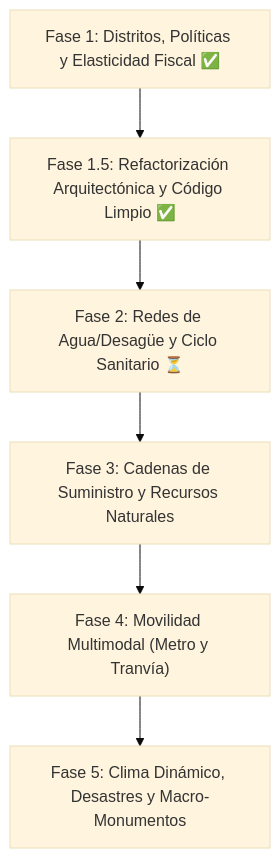
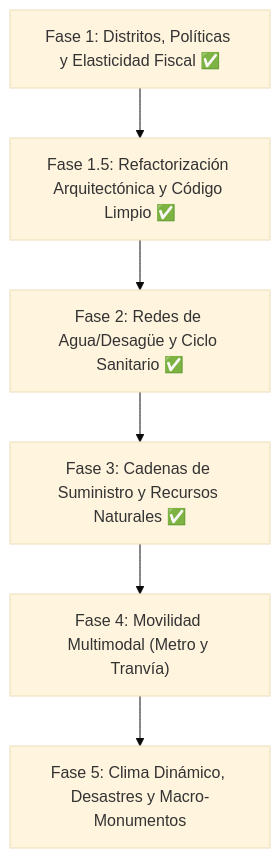
The second of 2 diagrams in ROADMAP.md (victorgomez09/city-builder), drawn with Mermaid (base theme) before and after one commit. The commit also changed other lines of this file and 25 other files, not shown here.

````diff
--- a/ROADMAP.md
+++ b/ROADMAP.md
@@ -163,8 +163,8 @@
 ```mermaid
 flowchart TD
     P1["Fase 1: Distritos, Políticas y Elasticidad Fiscal ✅"] --> P15["Fase 1.5: Refactorización Arquitectónica y Código Limpio ✅"]
-    P15 --> P2["Fase 2: Redes de Agua/Desagüe y Ciclo Sanitario ⏳"]
-    P2 --> P3["Fase 3: Cadenas de Suministro y Recursos Naturales"]
+    P15 --> P2["Fase 2: Redes de Agua/Desagüe y Ciclo Sanitario ✅"]
+    P2 --> P3["Fase 3: Cadenas de Suministro y Recursos Naturales ✅"]
     P3 --> P4["Fase 4: Movilidad Multimodal (Metro y Tranvía)"]
     P4 --> P5["Fase 5: Clima Dinámico, Desastres y Macro-Monumentos"]
 ```
````
